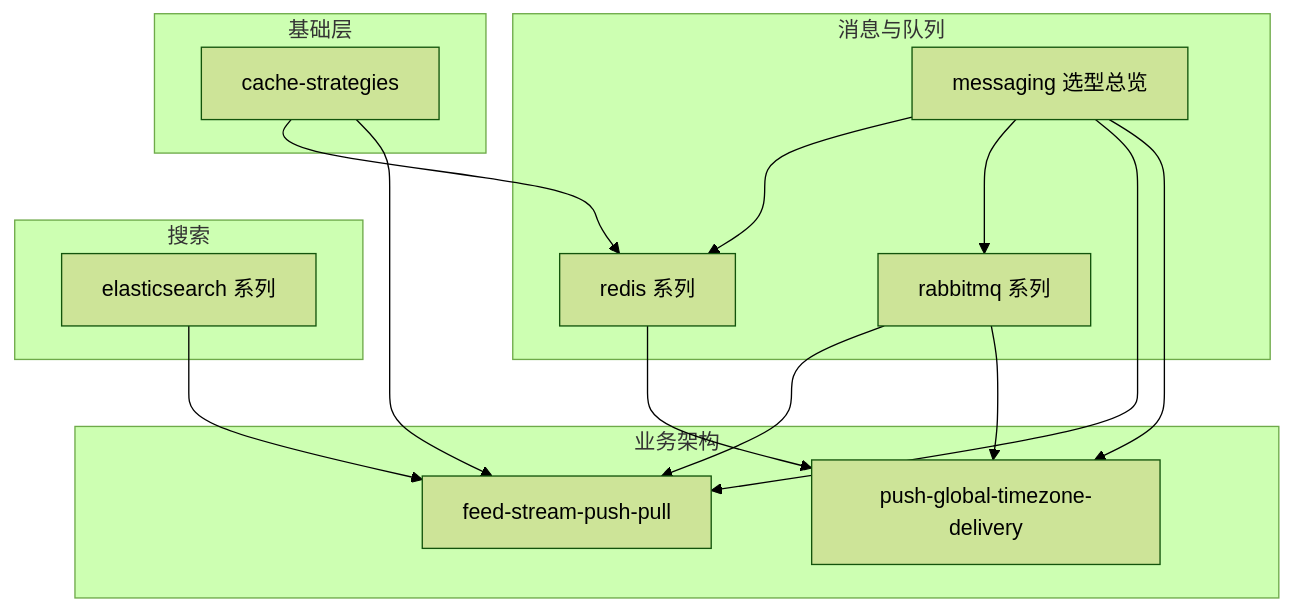
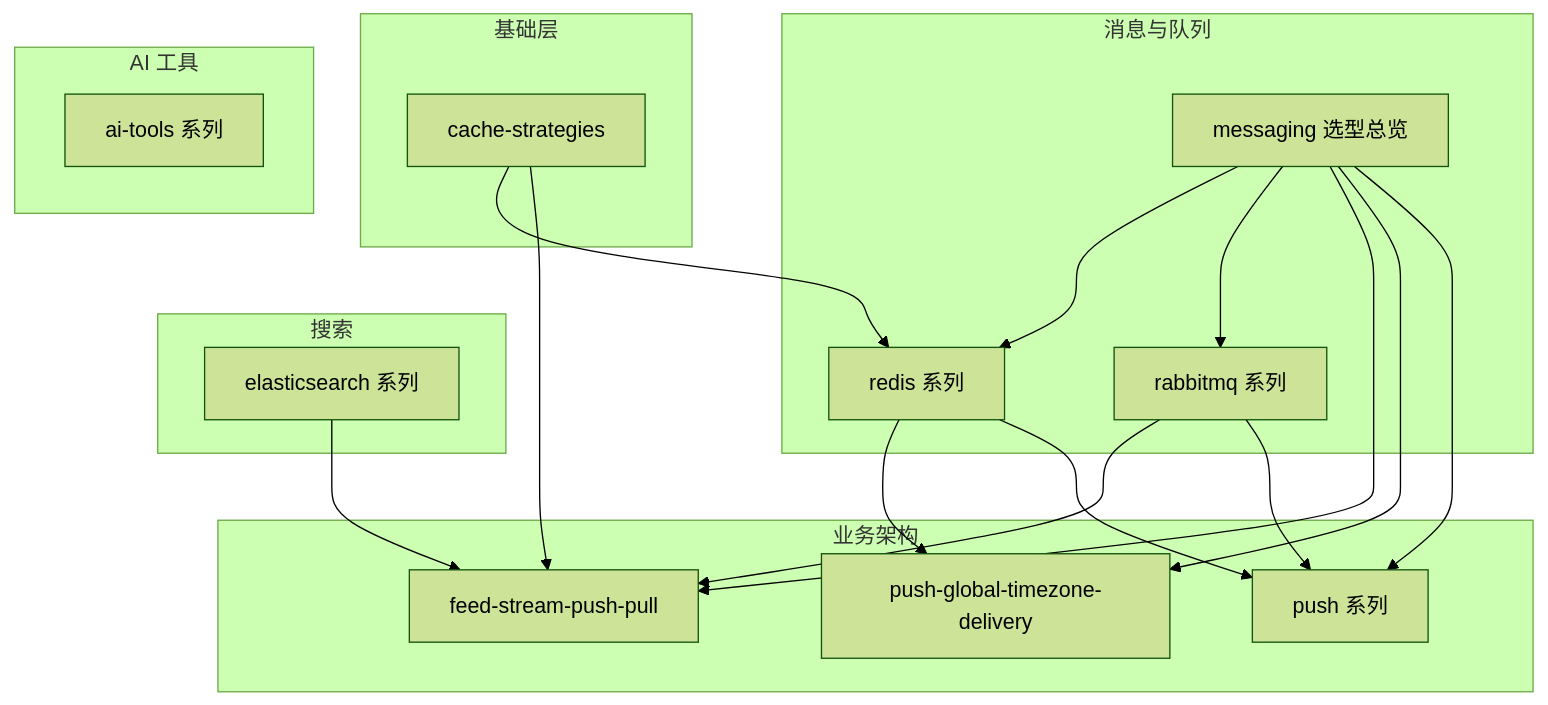
One commit to CaiCandong/wiki-note changed the diagram in README.md. Above: the diagram before and after it, drawn with Mermaid (forest theme). The commit also changed other lines of this file and 17 other files, not shown here.

First line of the commit message:
docs: 新增 Redis 分布式锁笔记，并登记 push/ai-tools 系列索引

````diff
--- a/README.md
+++ b/README.md
@@ -24,28 +24,34 @@
 ```mermaid
 flowchart TB
     subgraph foundation["基础层"]
         CACHE[cache-strategies]
     end
     subgraph messaging["消息与队列"]
         MSG[messaging 选型总览]
         REDIS[redis 系列]
         RMQ[rabbitmq 系列]
     end
     subgraph search["搜索"]
         ES[elasticsearch 系列]
     end
     subgraph product["业务架构"]
         FEED[feed-stream-push-pull]
-        PUSH[push-global-timezone-delivery]
+        PUSH_G[push-global-timezone-delivery]
+        PUSH_S[push 系列]
+    end
+    subgraph ai["AI 工具"]
+        AIT[ai-tools 系列]
     end
     CACHE --> REDIS
     CACHE --> FEED
     MSG --> REDIS
     MSG --> RMQ
     MSG --> FEED
-    MSG --> PUSH
+    MSG --> PUSH_G
+    MSG --> PUSH_S
     RMQ --> FEED
-    RMQ --> PUSH
-    REDIS --> PUSH
+    RMQ --> PUSH_S
+    REDIS --> PUSH_G
+    REDIS --> PUSH_S
     ES --> FEED
 ```
````
